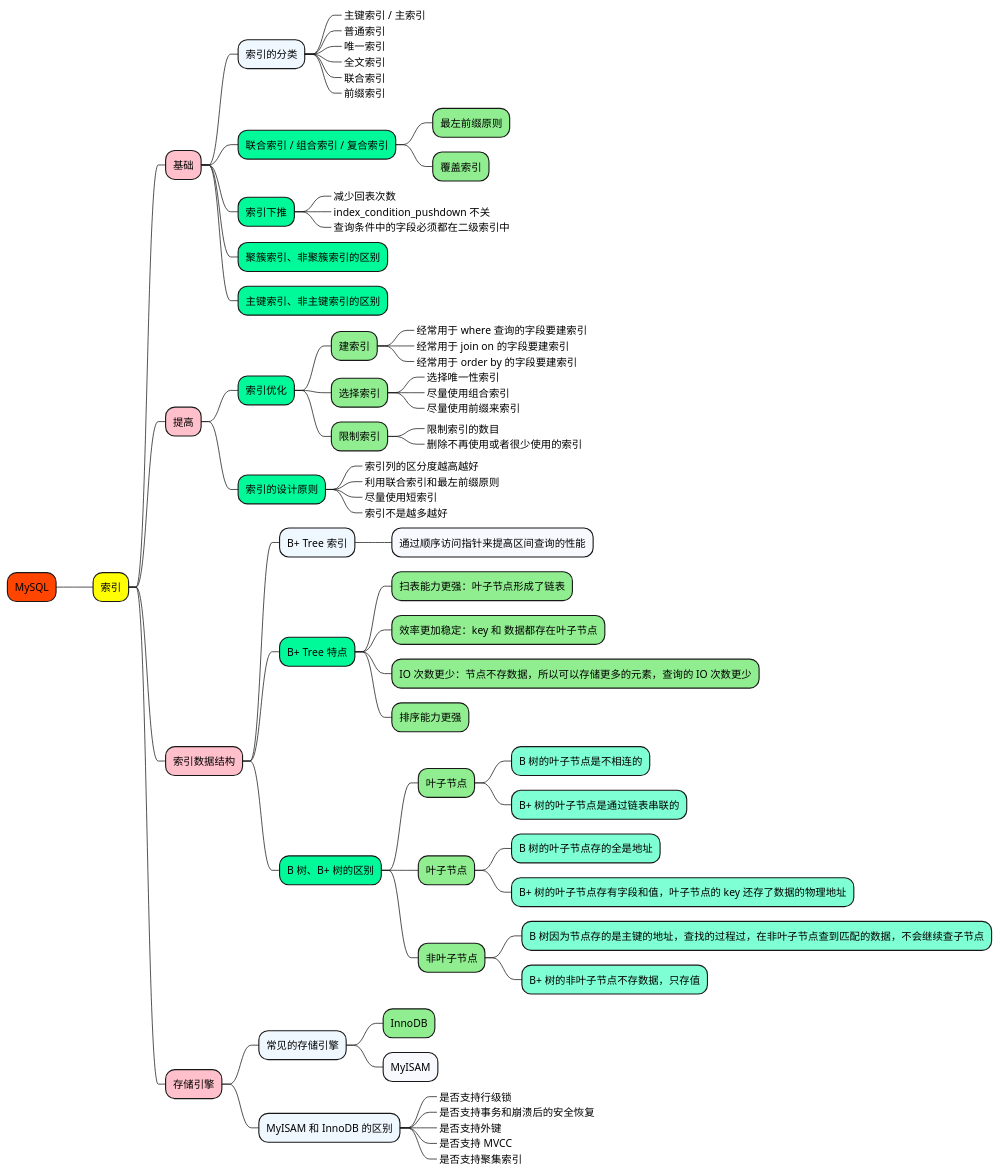
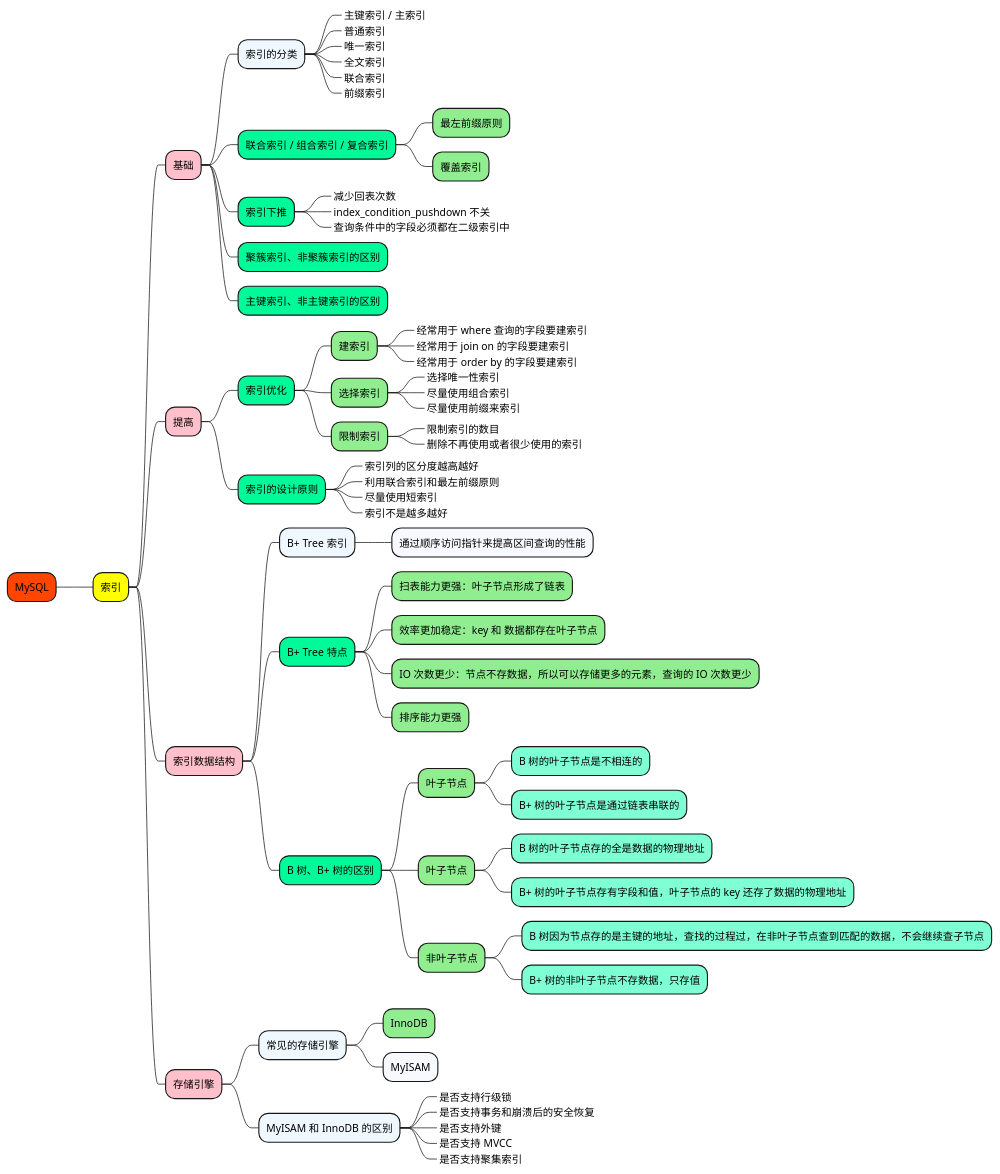
The diagram in 1_map/database/MySQL-索引.puml (doveg/self-cultivation-of-a-software-engineer), drawn with PlantUML before and after one commit. The commit also changed 19 other files, not shown here.

```diff
--- a/1_map/database/MySQL-索引.puml
+++ b/1_map/database/MySQL-索引.puml
@@ -1,90 +1,90 @@
 @startmindmap
 
 +[#OrangeRed] MySQL
 
 ++[#yellow] 索引
 
 +++[#Pink] 基础
 
 ++++[#AliceBlue] 索引的分类
 +++++[#GhostWhite]_ 主键索引 / 主索引
 +++++[#GhostWhite]_ 普通索引
 +++++[#GhostWhite]_ 唯一索引
 +++++[#GhostWhite]_ 全文索引
 +++++[#GhostWhite]_ 联合索引
 +++++[#GhostWhite]_ 前缀索引
 
 ++++[#MediumSpringGreen] 联合索引 / 组合索引 / 复合索引
 +++++[#LightGreen] 最左前缀原则
 +++++[#LightGreen] 覆盖索引
 
 ++++[#MediumSpringGreen] 索引下推
 +++++[#LightGreen]_ 减少回表次数
 +++++[#LightGreen]_ index_condition_pushdown 不关
 +++++[#LightGreen]_ 查询条件中的字段必须都在二级索引中
 
 ++++[#MediumSpringGreen] 聚簇索引、非聚簇索引的区别
 
 ++++[#MediumSpringGreen] 主键索引、非主键索引的区别
 
 
 +++[#Pink] 提高
 
 ++++[#MediumSpringGreen] 索引优化
 +++++[#LightGreen] 建索引
 ++++++[#Aquamarine]_ 经常用于 where 查询的字段要建索引
 ++++++[#Aquamarine]_ 经常用于 join on 的字段要建索引
 ++++++[#Aquamarine]_ 经常用于 order by 的字段要建索引
 +++++[#LightGreen] 选择索引
 ++++++[#Aquamarine]_ 选择唯一性索引
 ++++++[#Aquamarine]_ 尽量使用组合索引
 ++++++[#Aquamarine]_ 尽量使用前缀来索引
 +++++[#LightGreen] 限制索引
 ++++++[#Aquamarine]_ 限制索引的数目
 ++++++[#Aquamarine]_ 删除不再使用或者很少使用的索引
 
 ++++[#MediumSpringGreen] 索引的设计原则
 +++++[#LightGreen]_ 索引列的区分度越高越好
 +++++[#LightGreen]_ 利用联合索引和最左前缀原则
 +++++[#LightGreen]_ 尽量使用短索引
 +++++[#LightGreen]_ 索引不是越多越好
 
 
 +++[#Pink] 索引数据结构
 
 ++++[#AliceBlue] B+ Tree 索引
 +++++[#GhostWhite] 通过顺序访问指针来提高区间查询的性能
 
 ++++[#MediumSpringGreen] B+ Tree 特点
 +++++[#LightGreen] 扫表能力更强：叶子节点形成了链表
 +++++[#LightGreen] 效率更加稳定：key 和 数据都存在叶子节点
 +++++[#LightGreen] IO 次数更少：节点不存数据，所以可以存储更多的元素，查询的 IO 次数更少
 +++++[#LightGreen] 排序能力更强
 
 ++++[#MediumSpringGreen] B 树、B+ 树的区别
 +++++[#LightGreen] 叶子节点
 ++++++[#Aquamarine] B 树的叶子节点是不相连的
 ++++++[#Aquamarine] B+ 树的叶子节点是通过链表串联的
 +++++[#LightGreen] 叶子节点
-++++++[#Aquamarine] B 树的叶子节点存的全是地址
+++++++[#Aquamarine] B 树的叶子节点存的全是数据的物理地址
 ++++++[#Aquamarine] B+ 树的叶子节点存有字段和值，叶子节点的 key 还存了数据的物理地址
 +++++[#LightGreen] 非叶子节点
 ++++++[#Aquamarine] B 树因为节点存的是主键的地址，查找的过程过，在非叶子节点查到匹配的数据，不会继续查子节点
 ++++++[#Aquamarine] B+ 树的非叶子节点不存数据，只存值
 
 
 +++[#Pink] 存储引擎
 
 ++++[#AliceBlue] 常见的存储引擎
 +++++[#LightGreen] InnoDB
 +++++[#GhostWhite] MyISAM
 
 ++++[#AliceBlue] MyISAM 和 InnoDB 的区别
 +++++[#GhostWhite]_ 是否支持行级锁
 +++++[#GhostWhite]_ 是否支持事务和崩溃后的安全恢复
 +++++[#GhostWhite]_ 是否支持外键
 +++++[#GhostWhite]_ 是否支持 MVCC
 +++++[#GhostWhite]_ 是否支持聚集索引
 
 
 @endmindmap
```
